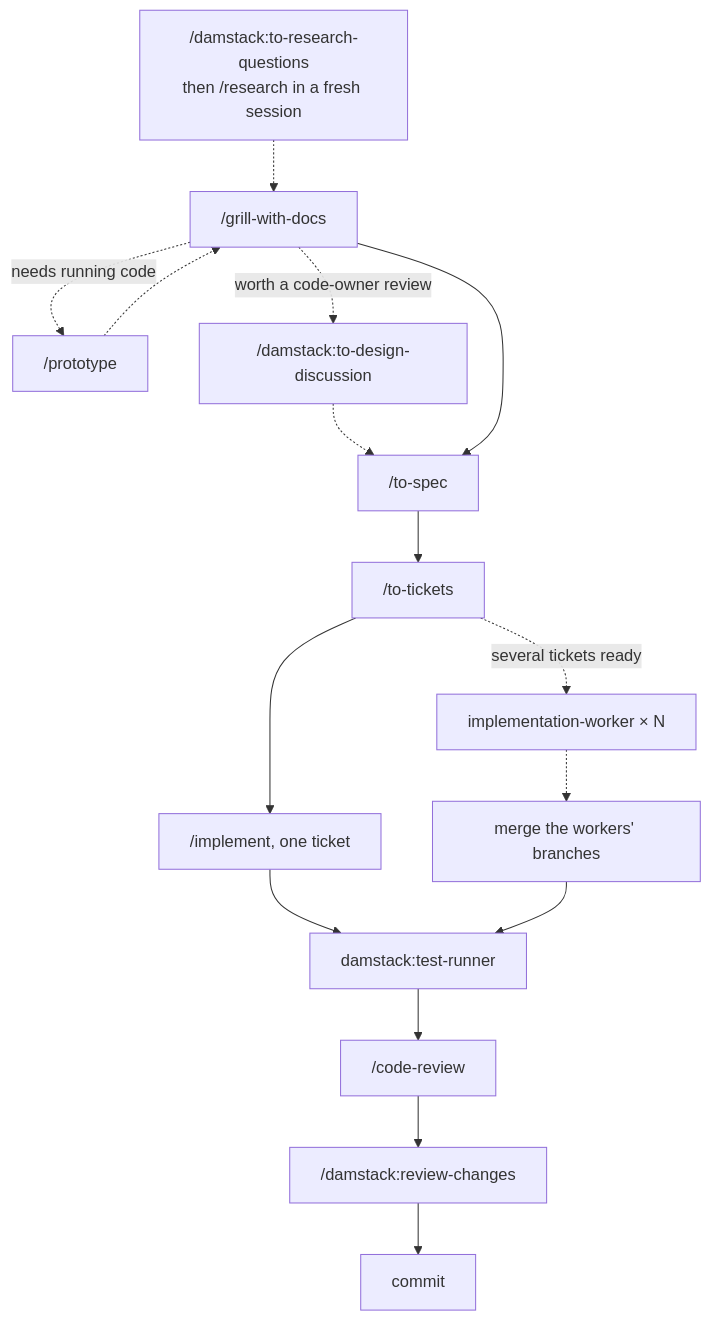
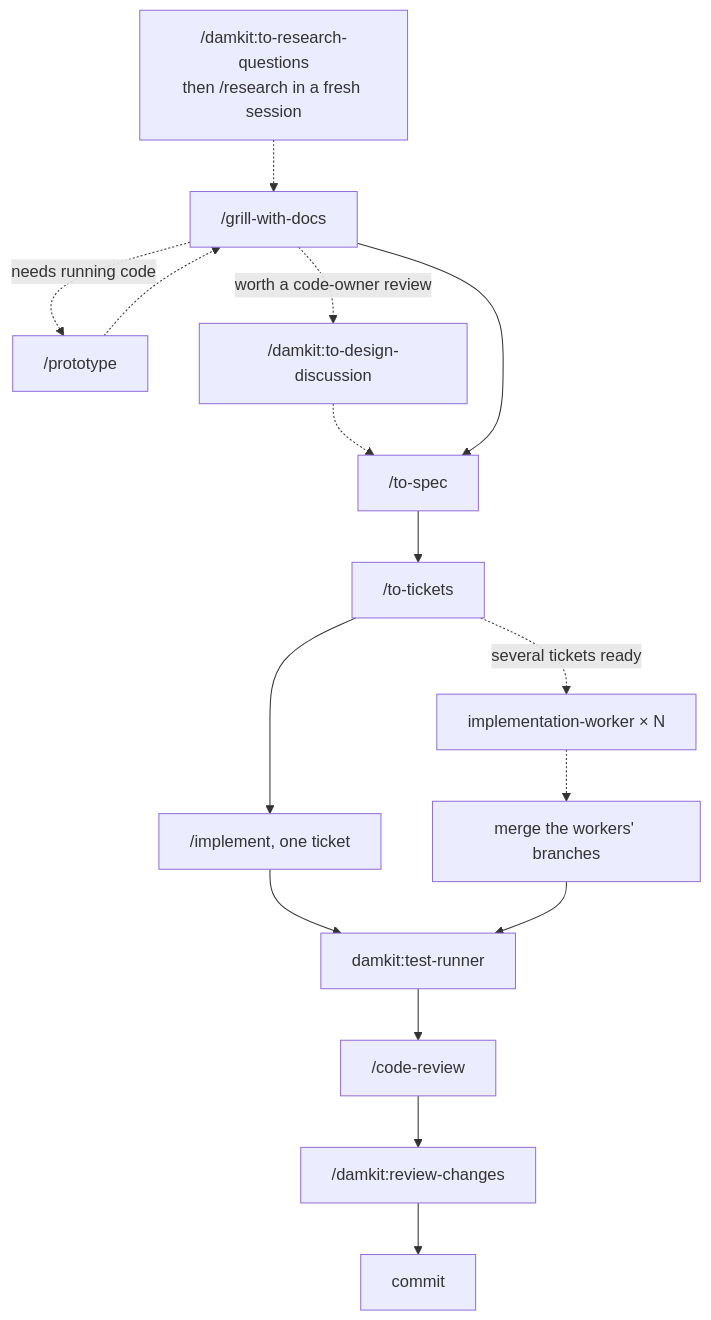
Before and after one commit to d4mp3/damkit: the diagram in docs/workflows.md, drawn with Mermaid. The commit also changed other lines of this file and 40 other files, not shown here.

Commit message:
refactor: rename the plugin from damstack to damkit

````diff
--- a/docs/workflows.md
+++ b/docs/workflows.md
@@ -42,15 +42,15 @@
 ```mermaid
 flowchart TD
-  RQ["/damstack:to-research-questions<br>then /research in a fresh session"] -.-> G
+  RQ["/damkit:to-research-questions<br>then /research in a fresh session"] -.-> G
   G["/grill-with-docs"] -.->|needs running code| P["/prototype"]
   P -.-> G
-  G -.->|worth a code-owner review| DD["/damstack:to-design-discussion"]
+  G -.->|worth a code-owner review| DD["/damkit:to-design-discussion"]
   DD -.-> S
   G --> S["/to-spec"] --> T["/to-tickets"]
   T --> I["/implement, one ticket"]
   T -.->|several tickets ready| W["implementation-worker × N"]
   W -.-> M["merge the workers' branches"]
-  I --> TR["damstack:test-runner"]
+  I --> TR["damkit:test-runner"]
   M --> TR
-  TR --> CR["/code-review"] --> RC["/damstack:review-changes"] --> C["commit"]
+  TR --> CR["/code-review"] --> RC["/damkit:review-changes"] --> C["commit"]
 ```
````
